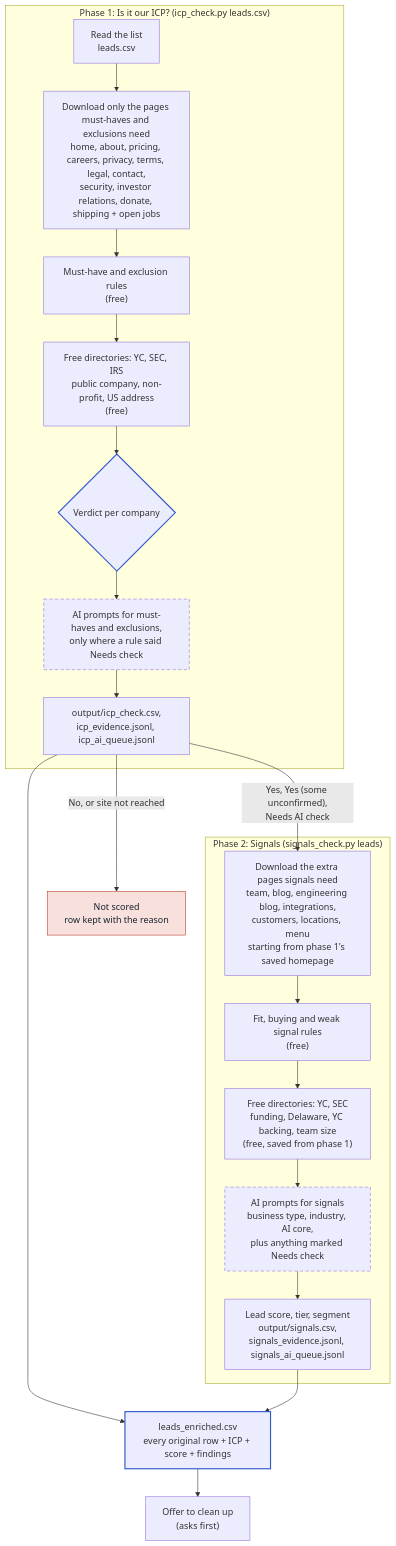
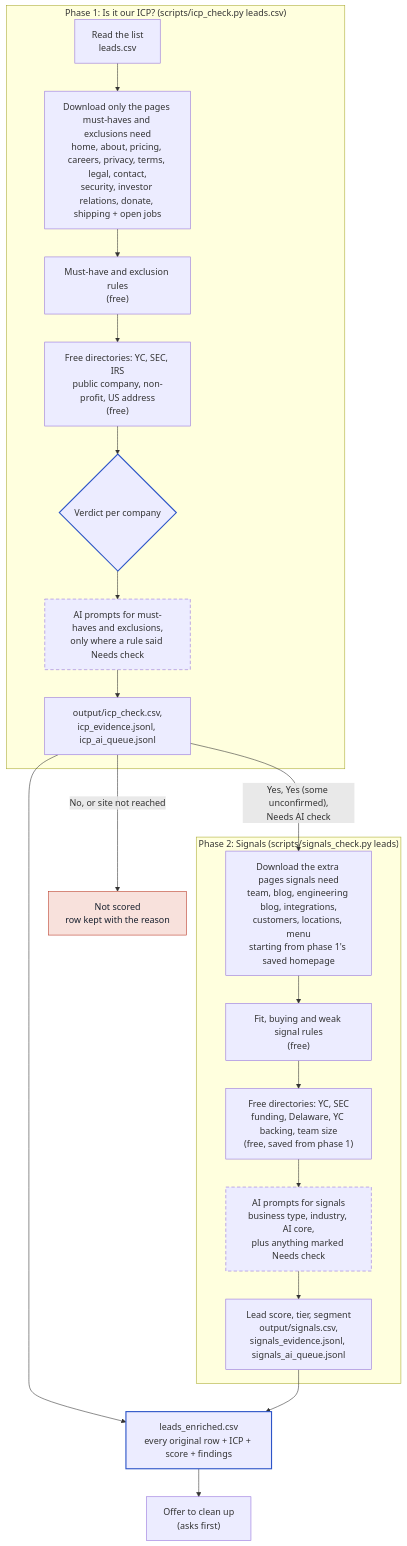
Before and after one commit to aligmirza/PuzzleLeadScoring: the second of 11 diagrams in docs/DOCUMENTATION.md, drawn with Mermaid. The commit also changed other lines of this file and 17 other files, not shown here.

````diff
--- a/docs/DOCUMENTATION.md
+++ b/docs/DOCUMENTATION.md
@@ -387,35 +386,35 @@
 ```mermaid
 flowchart TD
-    subgraph P1["Phase 1: Is it our ICP? (icp_check.py leads.csv)"]
+    subgraph P1["Phase 1: Is it our ICP? (scripts/icp_check.py leads.csv)"]
     A1["Read the list<br/>leads.csv"]
     A2["Download only the pages must-haves and exclusions need<br/>home, about, pricing, careers, privacy, terms, legal, contact,<br/>security, investor relations, donate, shipping + open jobs"]
     A3["Must-have and exclusion rules<br/>(free)"]
     A3b["Free directories: YC, SEC, IRS<br/>public company, non-profit, US address<br/>(free)"]
     A4{"Verdict per company"}
     A5["AI prompts for must-haves and exclusions,<br/>only where a rule said Needs check"]
     A6["output/icp_check.csv,<br/>icp_evidence.jsonl, icp_ai_queue.jsonl"]
         A1 --> A2 --> A3 --> A3b --> A4 --> A5 --> A6
     end
 
-    subgraph P2["Phase 2: Signals (signals_check.py leads)"]
+    subgraph P2["Phase 2: Signals (scripts/signals_check.py leads)"]
     B1["Download the extra pages signals need<br/>team, blog, engineering blog, integrations,<br/>customers, locations, menu<br/>starting from phase 1's saved homepage"]
     B2["Fit, buying and weak signal rules<br/>(free)"]
     B2b["Free directories: YC, SEC<br/>funding, Delaware, YC backing, team size<br/>(free, saved from phase 1)"]
     B3["AI prompts for signals<br/>business type, industry, AI core,<br/>plus anything marked Needs check"]
     B4["Lead score, tier, segment<br/>output/signals.csv,<br/>signals_evidence.jsonl, signals_ai_queue.jsonl"]
         B1 --> B2 --> B2b --> B3 --> B4
     end
 
     A6 -->|"Yes, Yes (some unconfirmed),<br/>Needs AI check"| B1
     A6 -->|"No, or site not reached"| N["Not scored<br/>row kept with the reason"]
     A6 --> F["leads_enriched.csv<br/>every original row + ICP + score + findings"]
     B4 --> F
     F --> C["Offer to clean up<br/>(asks first)"]
 
     classDef plan stroke-dasharray: 6 4
     classDef key stroke:#2d55c8,stroke-width:2px
     classDef no fill:#f8e1dc,stroke:#b93a27,color:#18202e
     class A5,B3 plan
     class A4,F key
     class N no
 ```
````
